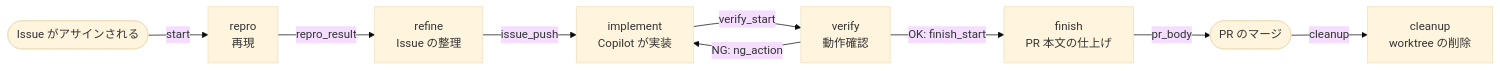
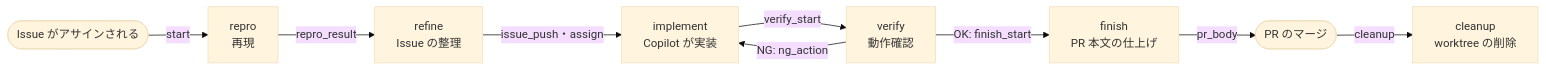
Before and after one commit to fox-taiga-nakano/flow: the diagram in README.md, drawn with Mermaid (base theme). The commit also changed other lines of this file and 1 other file, not shown here.

First line of the commit message:
docs(readme): add the system overview figure and align the text with it

````diff
--- a/README.md
+++ b/README.md
@@ -43,11 +52,11 @@
 ```mermaid
 flowchart LR
     A([Issue がアサインされる]) -- start --> R[repro<br>再現]
     R -- repro_result --> F[refine<br>Issue の整理]
-    F -- issue_push --> I[implement<br>Copilot が実装]
+    F -- issue_push・assign --> I[implement<br>Copilot が実装]
     I -- verify_start --> V[verify<br>動作確認]
     V -- NG: ng_action --> I
     V -- OK: finish_start --> P[finish<br>PR 本文の仕上げ]
     P -- pr_body --> M([PR のマージ])
     M -- cleanup --> C[cleanup<br>worktree の削除]
 ```
````
